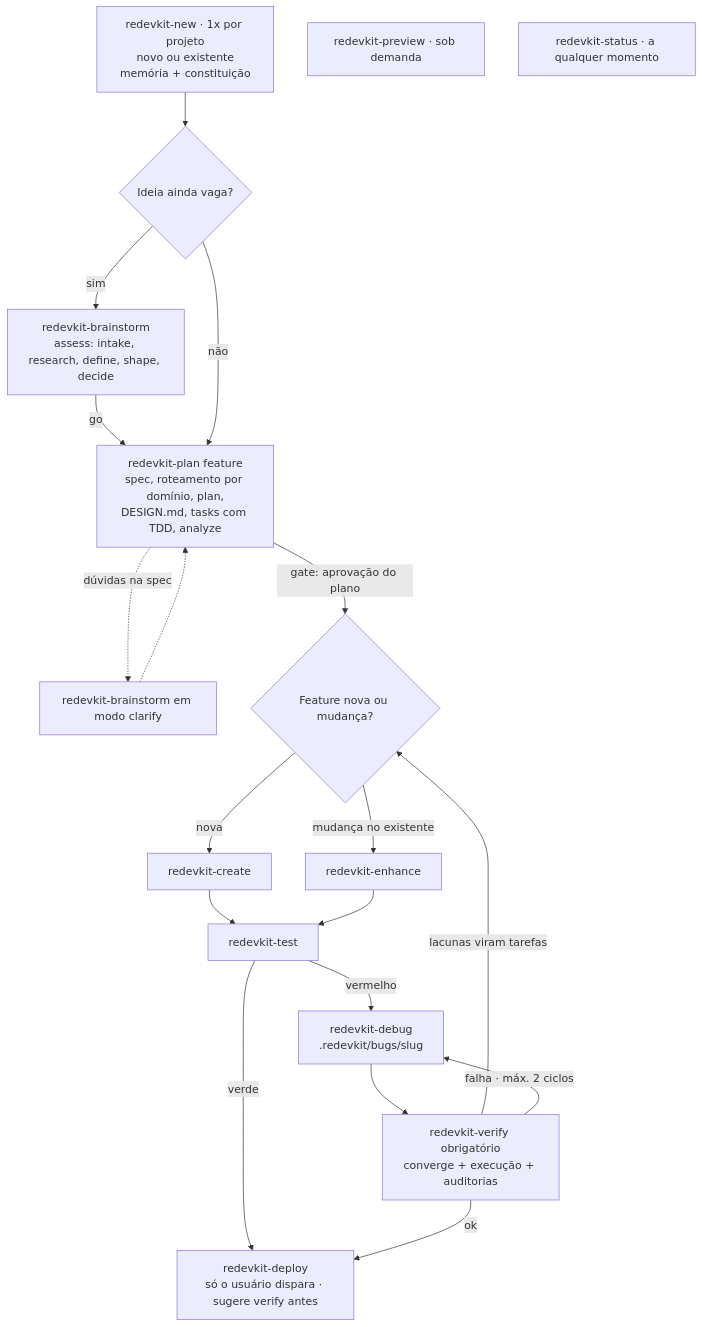
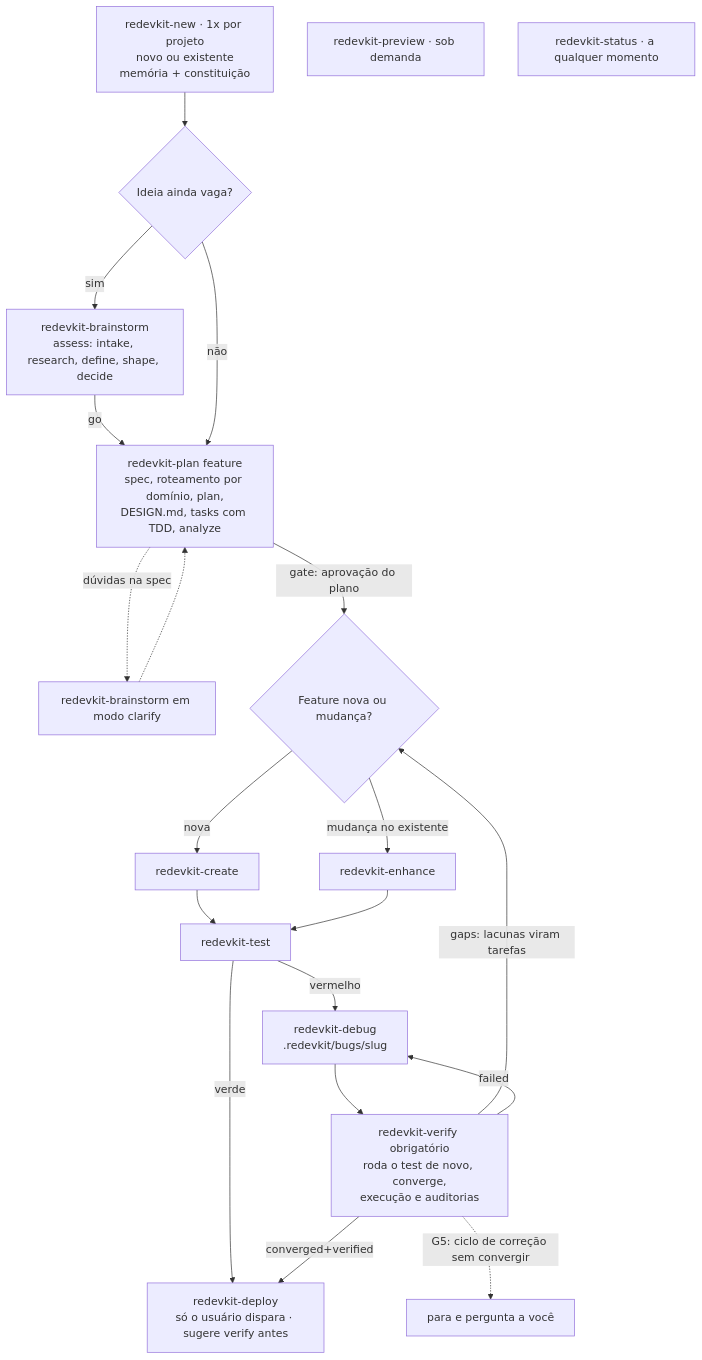
The diagram in README.md (Reprograme/redevkit), drawn with Mermaid before and after one commit. The commit also changed other lines of this file and 113 other files, not shown here.

````diff
--- a/README.md
+++ b/README.md
@@ -90,22 +90,23 @@
 ```mermaid
 flowchart TD
     NEW["redevkit-new · 1x por projeto<br/>novo ou existente<br/>memória + constituição"] --> Q{"Ideia ainda vaga?"}
     Q -->|sim| BS["redevkit-brainstorm<br/>assess: intake, research, define, shape, decide"]
     BS -->|go| PLAN
     Q -->|não| PLAN["redevkit-plan feature<br/>spec, roteamento por domínio, plan,<br/>DESIGN.md, tasks com TDD, analyze"]
     PLAN -.->|dúvidas na spec| CL["redevkit-brainstorm em modo clarify"]
     CL -.-> PLAN
     PLAN -->|gate: aprovação do plano| B{"Feature nova ou mudança?"}
     B -->|nova| CR["redevkit-create"]
     B -->|mudança no existente| EN["redevkit-enhance"]
     CR --> TS["redevkit-test"]
     EN --> TS
     TS -->|verde| DP["redevkit-deploy<br/>só o usuário dispara · sugere verify antes"]
     TS -->|vermelho| DB["redevkit-debug<br/>.redevkit/bugs/slug"]
-    DB --> VF["redevkit-verify obrigatório<br/>converge + execução + auditorias"]
-    VF -->|ok| DP
-    VF -->|lacunas viram tarefas| B
-    VF -->|falha · máx. 2 ciclos| DB
+    DB --> VF["redevkit-verify obrigatório<br/>roda o test de novo, converge,<br/>execução e auditorias"]
+    VF -->|converged+verified| DP
+    VF -->|gaps: lacunas viram tarefas| B
+    VF -->|failed| DB
+    VF -.->|G5: ciclo de correção sem convergir| U["para e pergunta a você"]
     PV["redevkit-preview · sob demanda"]
     STS["redevkit-status · a qualquer momento"]
 ```
````
